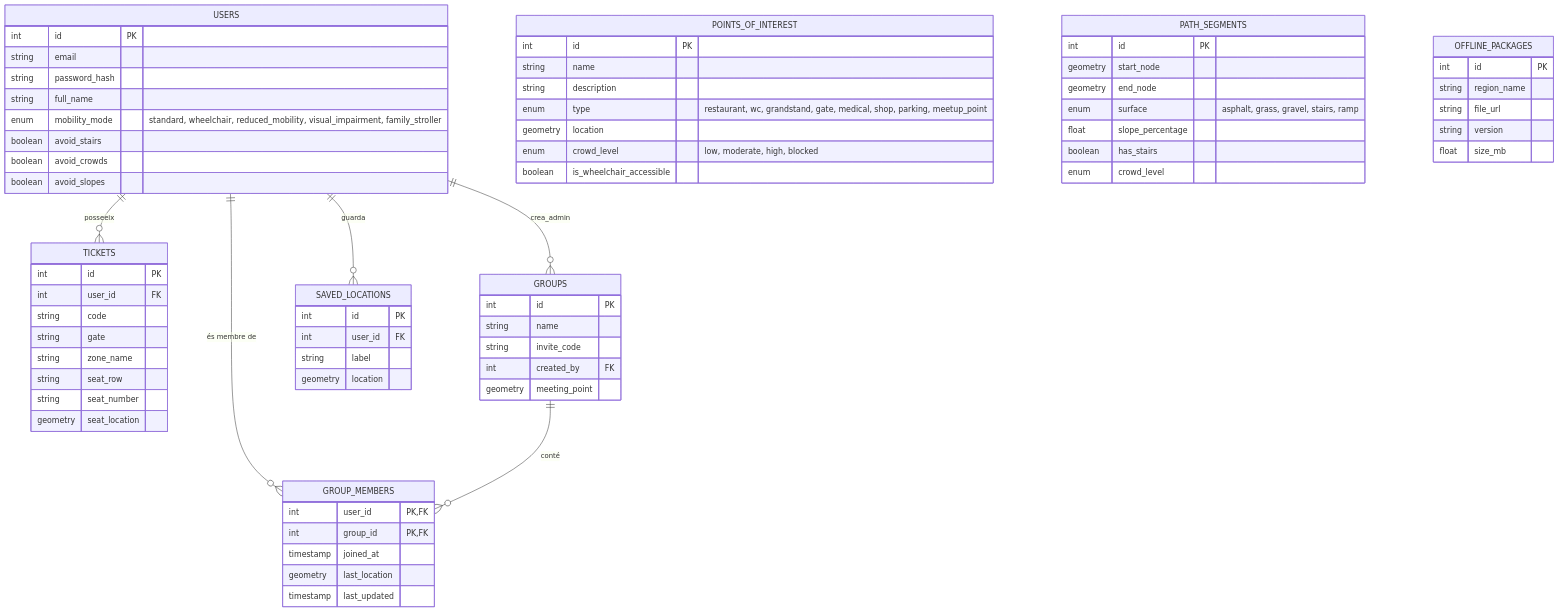
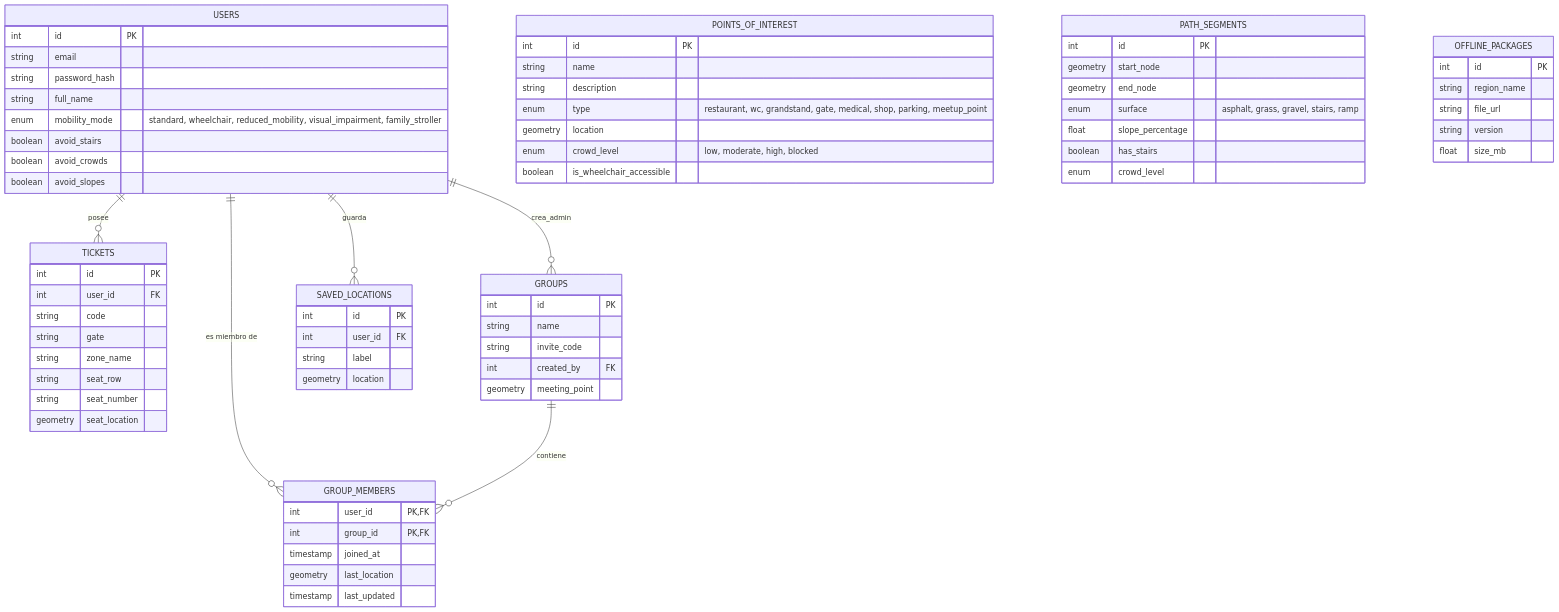
The diagram in docs/api-spec/database-schema.mdx (lattice-product-team/app_lattice_project), drawn with Mermaid before and after one commit. The commit also changed other lines of this file and 28 other files, not shown here.

````diff
--- a/docs/api-spec/database-schema.mdx
+++ b/docs/api-spec/database-schema.mdx
@@ -10,13 +9,13 @@
 ```mermaid
 erDiagram
-    %% RELACIONS
-    USERS ||--o{ TICKETS : posseeix
+    %% RELACIONES
+    USERS ||--o{ TICKETS : posee
     USERS ||--o{ GROUPS : crea_admin
-    USERS ||--o{ GROUP_MEMBERS : "és membre de"
-    GROUPS ||--o{ GROUP_MEMBERS : conté
+    USERS ||--o{ GROUP_MEMBERS : "es miembro de"
+    GROUPS ||--o{ GROUP_MEMBERS : contiene
     USERS ||--o{ SAVED_LOCATIONS : guarda
 
-    %% ENTITATS
+    %% ENTIDADES
     USERS {
         int id PK
         string email
````
